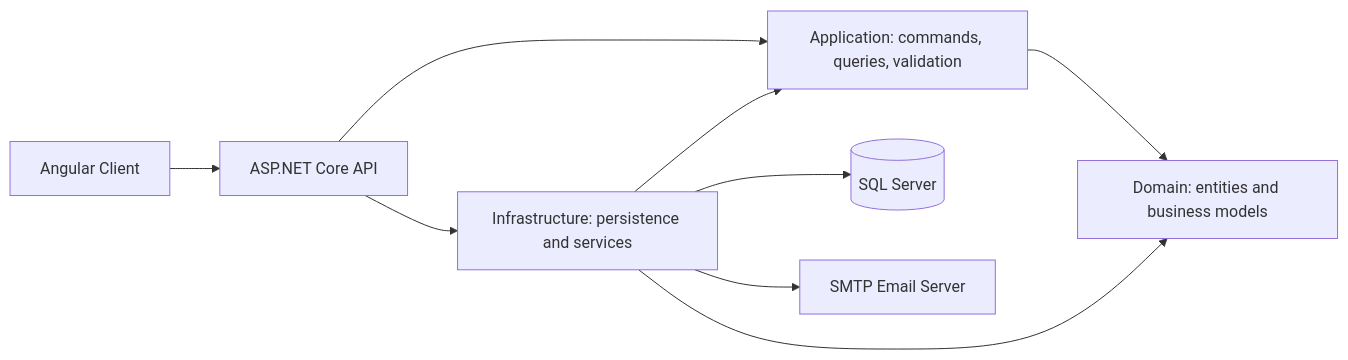
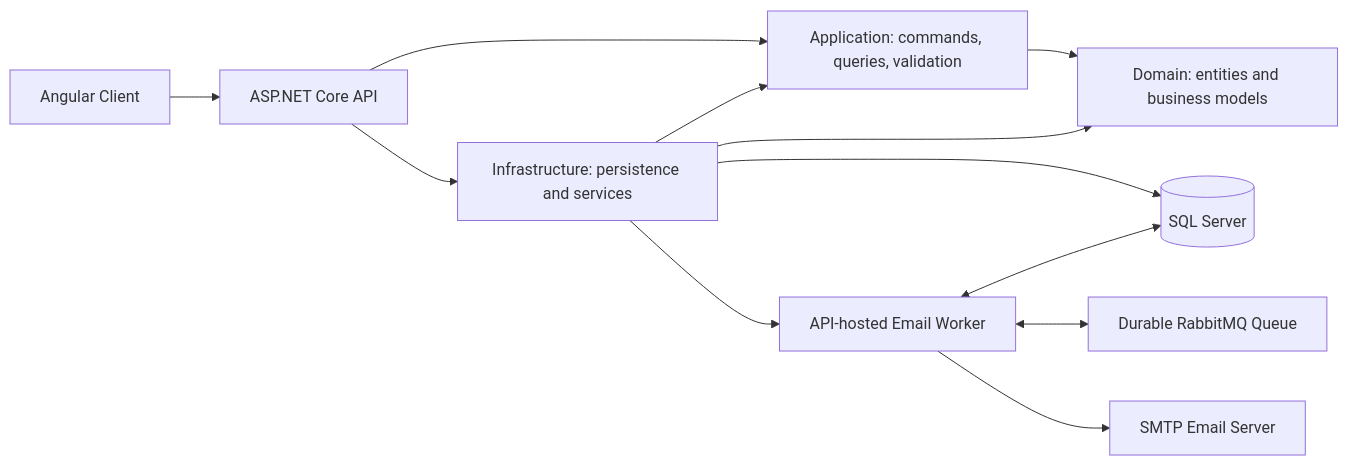
One commit to Sitt-Paing/InventoryManagementSystem changed the first of 2 diagrams in README.md. Above: the diagram before and after it, drawn with Mermaid. The commit also changed other lines of this file, not shown here.

Commit message:
docs: update README for RabbitMQ outbox email delivery

````diff
--- a/README.md
+++ b/README.md
@@ -84,11 +89,14 @@
 ```mermaid
 flowchart LR
     Client[Angular Client] --> API[ASP.NET Core API]
     API --> Application[Application: commands, queries, validation]
     API --> Infrastructure[Infrastructure: persistence and services]
     Application --> Domain[Domain: entities and business models]
     Infrastructure --> Application
     Infrastructure --> Domain
     Infrastructure --> Database[(SQL Server)]
-    Infrastructure --> SMTP[SMTP Email Server]
+    Infrastructure --> Worker[API-hosted Email Worker]
+    Worker <--> Database
+    Worker <--> RabbitMQ[Durable RabbitMQ Queue]
+    Worker --> SMTP[SMTP Email Server]
 ```
````
